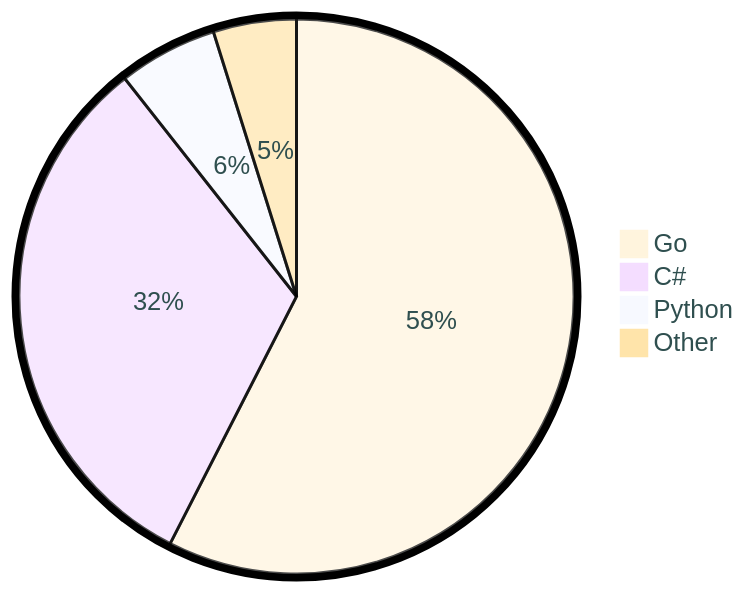
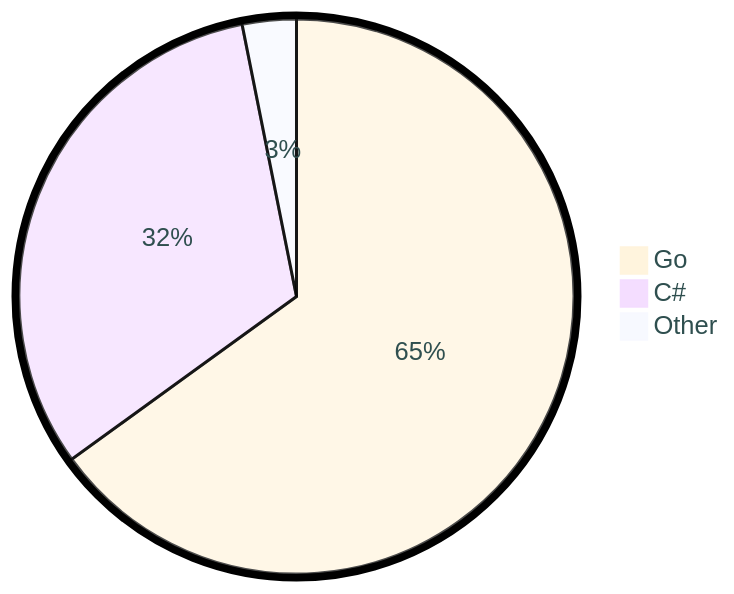
The diagram in README.md (tot0p/tot0p), drawn with Mermaid before and after one commit. The commit also changed other lines of this file, not shown here.

````diff
--- a/README.md
+++ b/README.md
@@ -78,8 +73,7 @@
 ```mermaid
 %%{init: {"pie": {"textPosition": 0.5}, "themeVariables": {"pieOuterStrokeWidth": "5px","primaryTextColor" : "#2F4F4F"},"theme":"base"} }%%
 pie
-	"Go": 57.53
-	"C#": 31.86
-	"Python": 5.78
-	"Other": 4.839999999999999
+	"Go": 65.02
+	"C#": 31.83
+	"Other": 3.14
 ```
````
